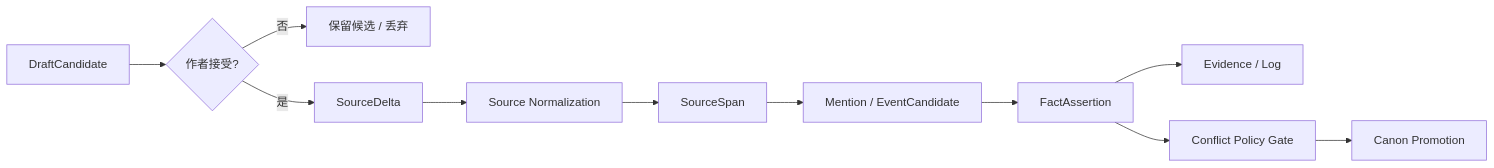
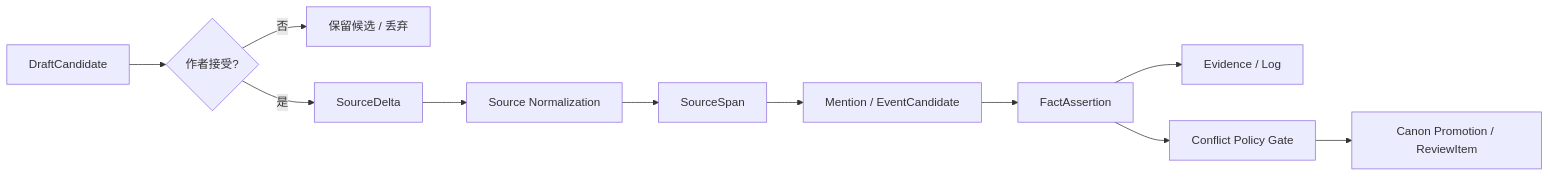
One commit to FrankQDWang/sextantlabs changed the second of 2 diagrams in goals/20-agent-overview.md. Above: the diagram before and after it, drawn with Mermaid. The commit also changed other lines of this file, not shown here.

Commit message:
Separate agent review findings from memory review items

````diff
--- a/goals/20-agent-overview.md
+++ b/goals/20-agent-overview.md
@@ -125,13 +126,13 @@
 ```mermaid
 flowchart LR
     A[DraftCandidate] --> B{作者接受?}
     B -->|否| C[保留候选 / 丢弃]
     B -->|是| D[SourceDelta]
     D --> E[Source Normalization]
     E --> F[SourceSpan]
     F --> G[Mention / EventCandidate]
     G --> H[FactAssertion]
     H --> I[Evidence / Log]
     H --> J[Conflict Policy Gate]
-    J --> K[Canon Promotion]
+    J --> K[Canon Promotion / ReviewItem]
 ```
````
